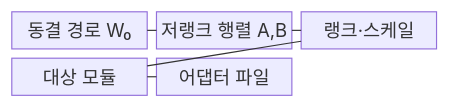
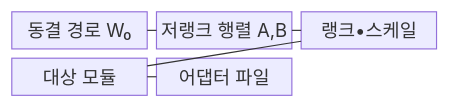
The first of 2 diagrams in src/content/docs/notes/08-latest-tech/062_low_rank_adaptation.md (agnusdei1207/knowledge-base), drawn with Mermaid before and after one commit. The commit also changed other lines of this file and 953 other files, not shown here.

````diff
--- a/src/content/docs/notes/08-latest-tech/062_low_rank_adaptation.md
+++ b/src/content/docs/notes/08-latest-tech/062_low_rank_adaptation.md
@@ -72,13 +72,13 @@
 ```mermaid
 block-beta
     columns 3
     W["동결 경로 W₀"]
     L["저랭크 행렬 A,B"]
-    S["랭크·스케일"]
+    S["랭크•스케일"]
     O["대상 모듈"]
     F["어댑터 파일"]
     W --- L
     L --- S
     S --- O
     O --- F
 ```
````
